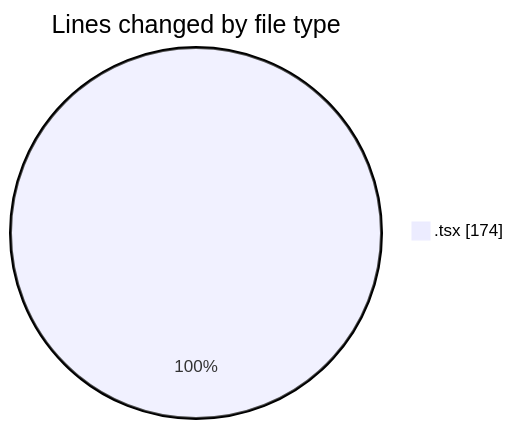
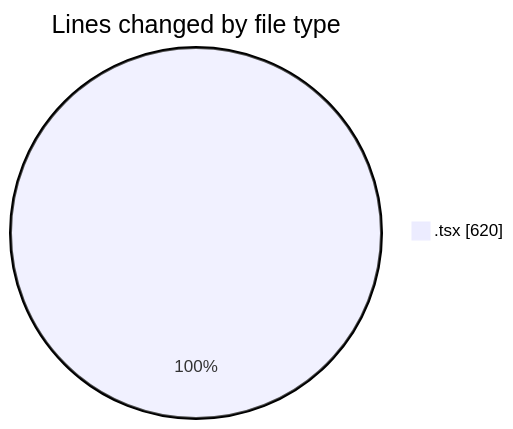
The first of 2 diagrams in 2025-11-11/cda/README.md (momahboobian/code-tracking), drawn with Mermaid before and after one commit. The commit also changed other lines of this file and 1 other file, not shown here.

````diff
--- a/2025-11-11/cda/README.md
+++ b/2025-11-11/cda/README.md
@@ -21,5 +22,5 @@
 ```mermaid
 pie showData
 title Lines changed by file type
-".tsx" : 174
+".tsx" : 620
 ```
````
